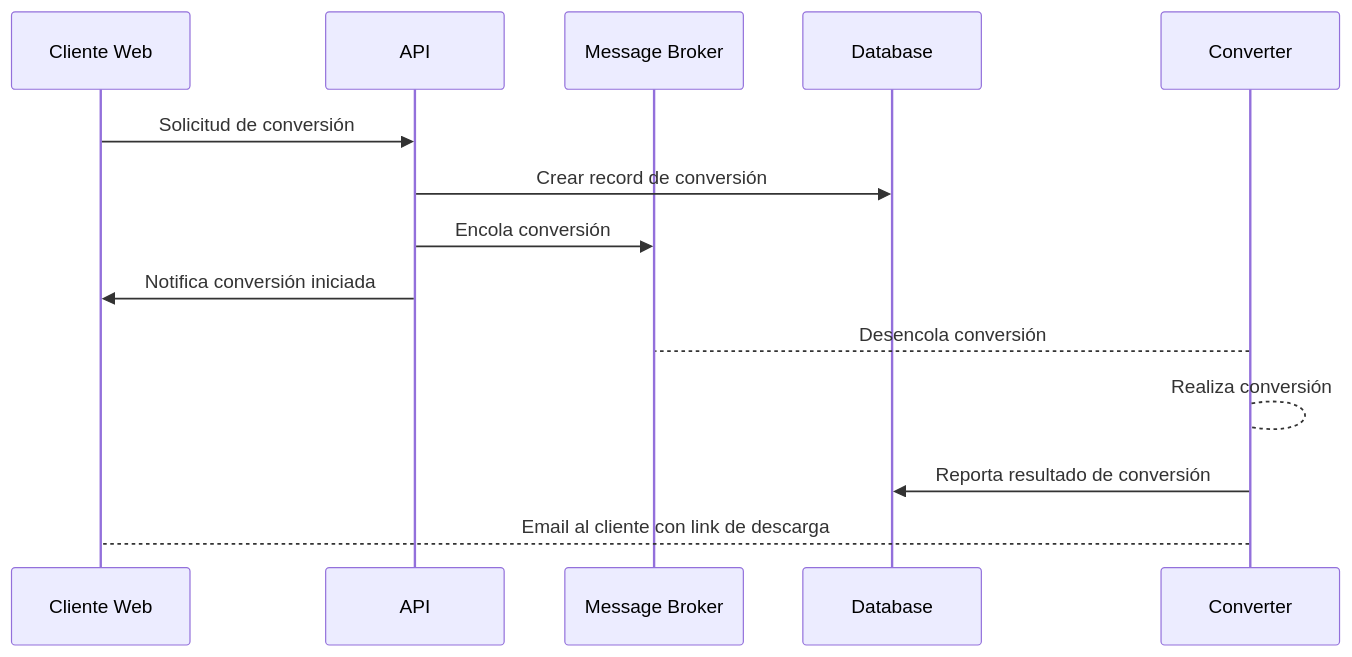
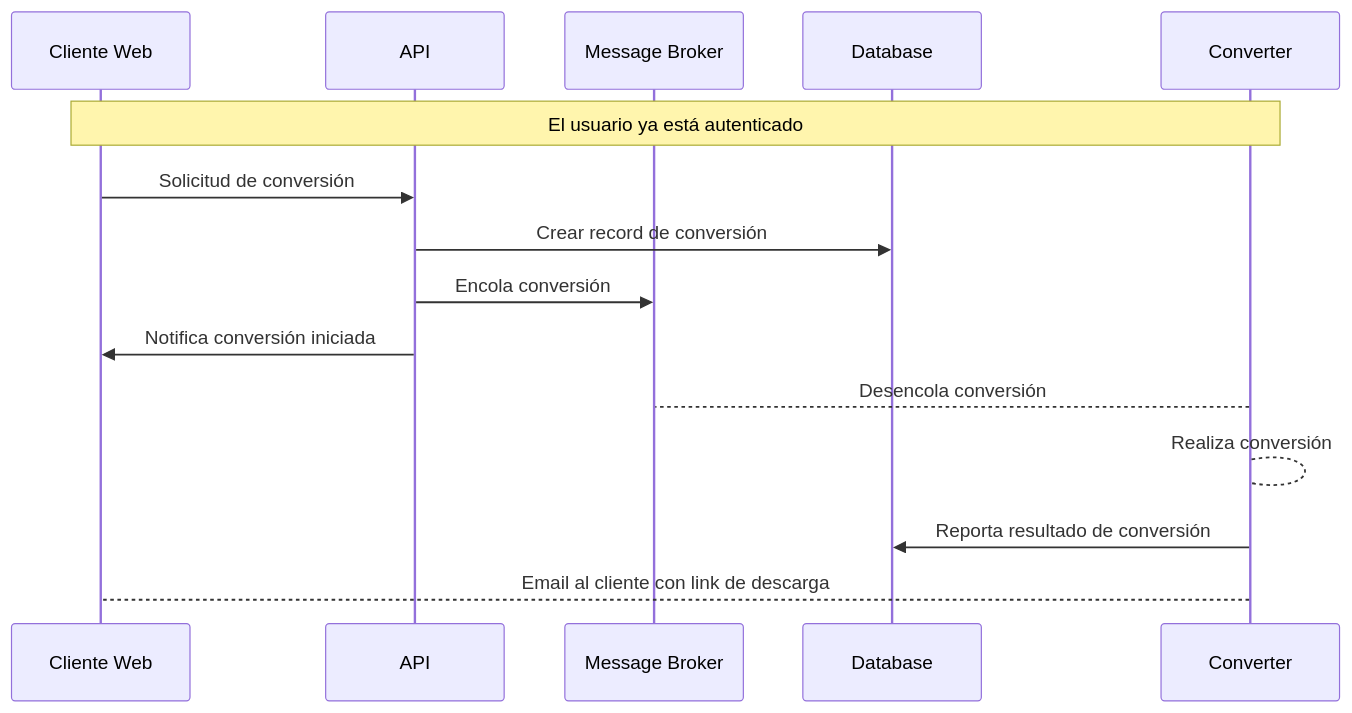
Before and after one commit to muniter/uni_cloud_convert: the second of 2 diagrams in README.md, drawn with Mermaid. The commit also changed other lines of this file, not shown here.

````diff
--- a/README.md
+++ b/README.md
@@ -51,16 +66,19 @@
 ```mermaid
 sequenceDiagram
   participant cli as Cliente Web
   participant api as API
   participant mb as Message Broker
   participant db as Database
   participant co as Converter
+
+  Note over cli,co: El usuario ya está autenticado
+
   cli->>api: Solicitud de conversión
   api->>db: Crear record de conversión
   api->>mb: Encola conversión
   api->>cli: Notifica conversión iniciada
   co-->mb: Desencola conversión
   co-->co: Realiza conversión
   co->>db: Reporta resultado de conversión
   co-->cli: Email al cliente con link de descarga
 ```
````
